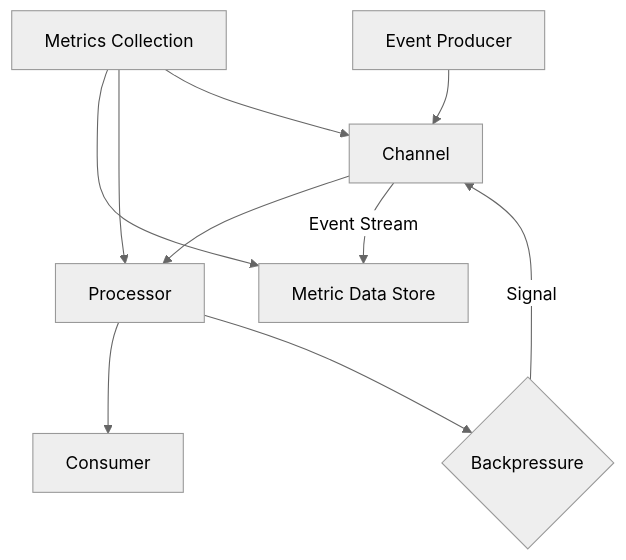
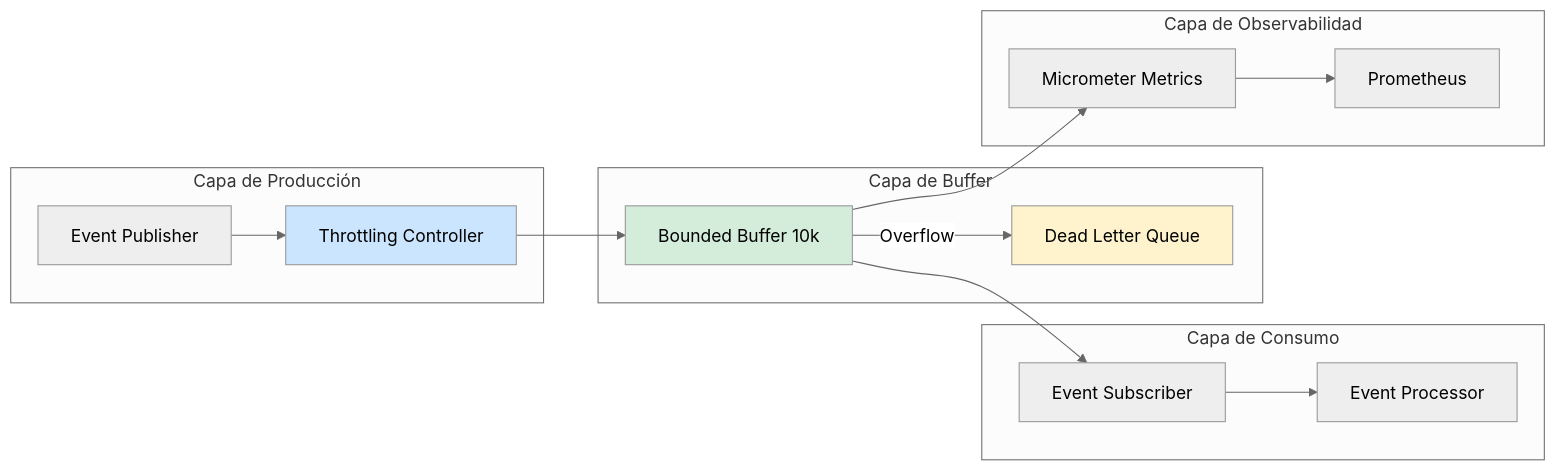
The second of 3 diagrams in _Review/backpressure_en_sistemas_reactivos/backpressure_en_sistemas_reactivos.md (Joaquinriosheredia/DAM-Java-Mastery), drawn with Mermaid (neutral theme) before and after one commit. The commit also changed other lines of this file, not shown here.

Commit message:
backpressure_en_sistemas_reactivos.md

````diff
--- a/_Review/backpressure_en_sistemas_reactivos/backpressure_en_sistemas_reactivos.md
+++ b/_Review/backpressure_en_sistemas_reactivos/backpressure_en_sistemas_reactivos.md
@@ -379,12 +152,34 @@
 ```mermaid
-graph TD
-    A[Event Producer] --> B[Channel]
-    B --> C[Processor]
-    C --> D[Consumer]
-    C --> E{Backpressure}
-    E -- "Signal" --> B
-    F[Metrics Collection] --> G[Metric Data Store]
-    F --> C
-    F --> B
-    B -- "Event Stream" --> G
+graph LR
+    subgraph "Capa de Producción"
+        PROD[Event Publisher]
+        THROTTLE[Throttling Controller]
+    end
+    
+    subgraph "Capa de Buffer"
+        BUFFER[Bounded Buffer 10k]
+        DLQ[Dead Letter Queue]
+    end
+    
+    subgraph "Capa de Consumo"
+        SUB[Event Subscriber]
+        PROC[Event Processor]
+    end
+    
+    subgraph "Capa de Observabilidad"
+        MET[Micrometer Metrics]
+        PROM[Prometheus]
+    end
+    
+    PROD --> THROTTLE
+    THROTTLE --> BUFFER
+    BUFFER --> SUB
+    SUB --> PROC
+    BUFFER -->|Overflow| DLQ
+    BUFFER --> MET
+    MET --> PROM
+    
+    style BUFFER fill:#d4edda
+    style THROTTLE fill:#cce5ff
+    style DLQ fill:#fff3cd
 ```
````
